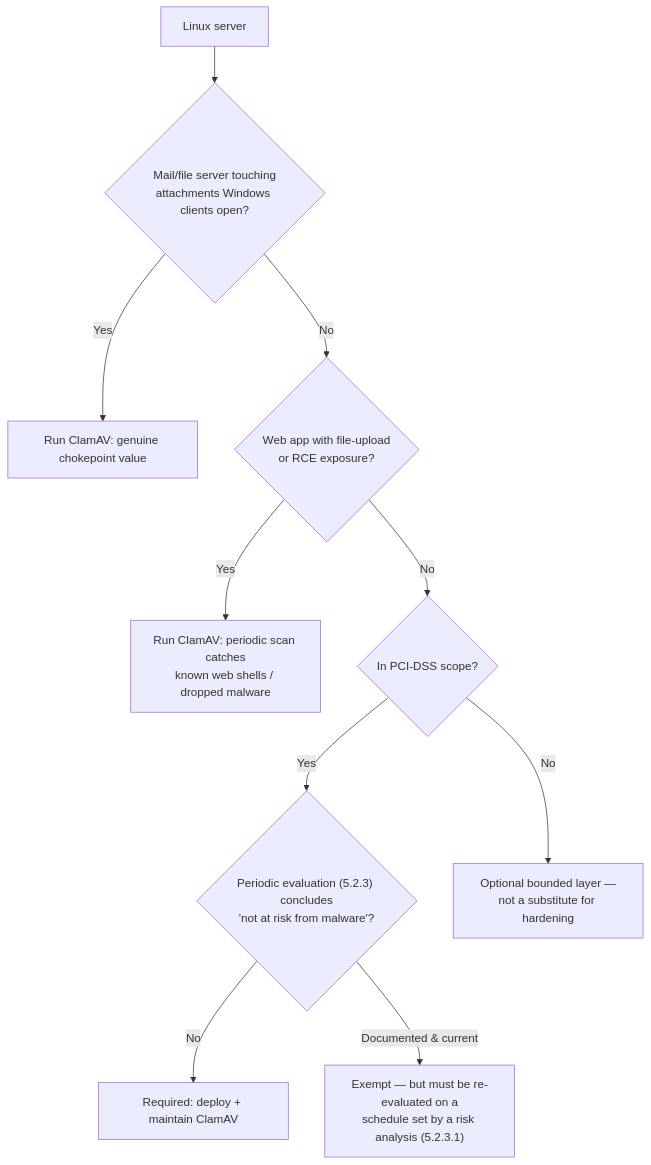
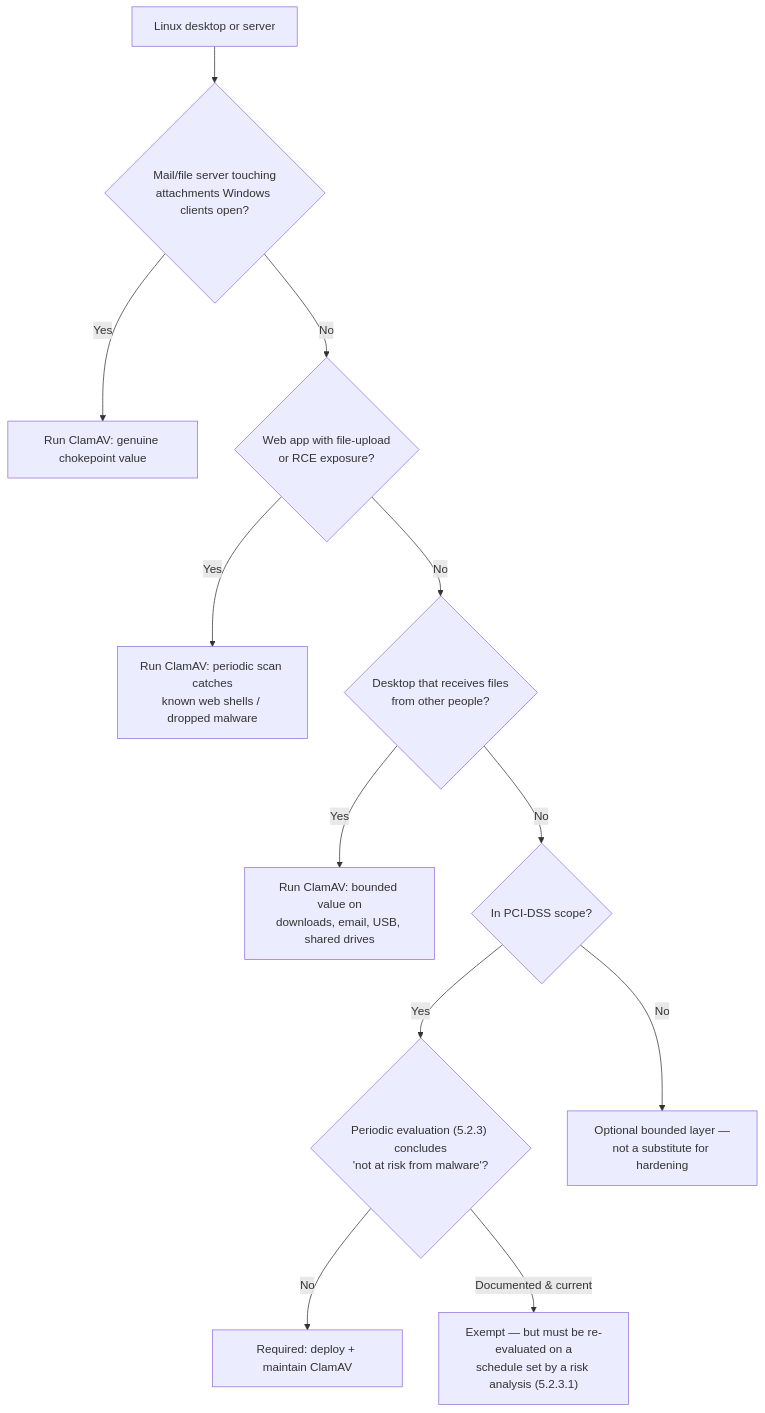
One commit to vietanhdev/bulwark changed the diagram in docs/articles/does-linux-need-antivirus.md. Above: the diagram before and after it, drawn with Mermaid. The commit also changed other lines of this file and 25 other files, not shown here.

````diff
--- a/docs/articles/does-linux-need-antivirus.md
+++ b/docs/articles/does-linux-need-antivirus.md
@@ -87,12 +105,14 @@
 ```mermaid
 flowchart TD
-    A["Linux server"] --> B{"Mail/file server touching\nattachments Windows clients open?"}
+    A["Linux desktop or server"] --> B{"Mail/file server touching\nattachments Windows clients open?"}
     B -->|Yes| C["Run ClamAV: genuine chokepoint value"]
     B -->|No| D{"Web app with file-upload\nor RCE exposure?"}
     D -->|Yes| E["Run ClamAV: periodic scan catches\nknown web shells / dropped malware"]
-    D -->|No| F{"In PCI-DSS scope?"}
+    D -->|No| K{"Desktop that receives files\nfrom other people?"}
+    K -->|Yes| L["Run ClamAV: bounded value on\ndownloads, email, USB, shared drives"]
+    K -->|No| F{"In PCI-DSS scope?"}
     F -->|Yes| G{"Periodic evaluation (5.2.3) concludes\n'not at risk from malware'?"}
     G -->|No| H["Required: deploy + maintain ClamAV"]
     G -->|Documented & current| I["Exempt — but must be re-evaluated on a\nschedule set by a risk analysis (5.2.3.1)"]
     F -->|No| J["Optional bounded layer —\nnot a substitute for hardening"]
 ```
````
